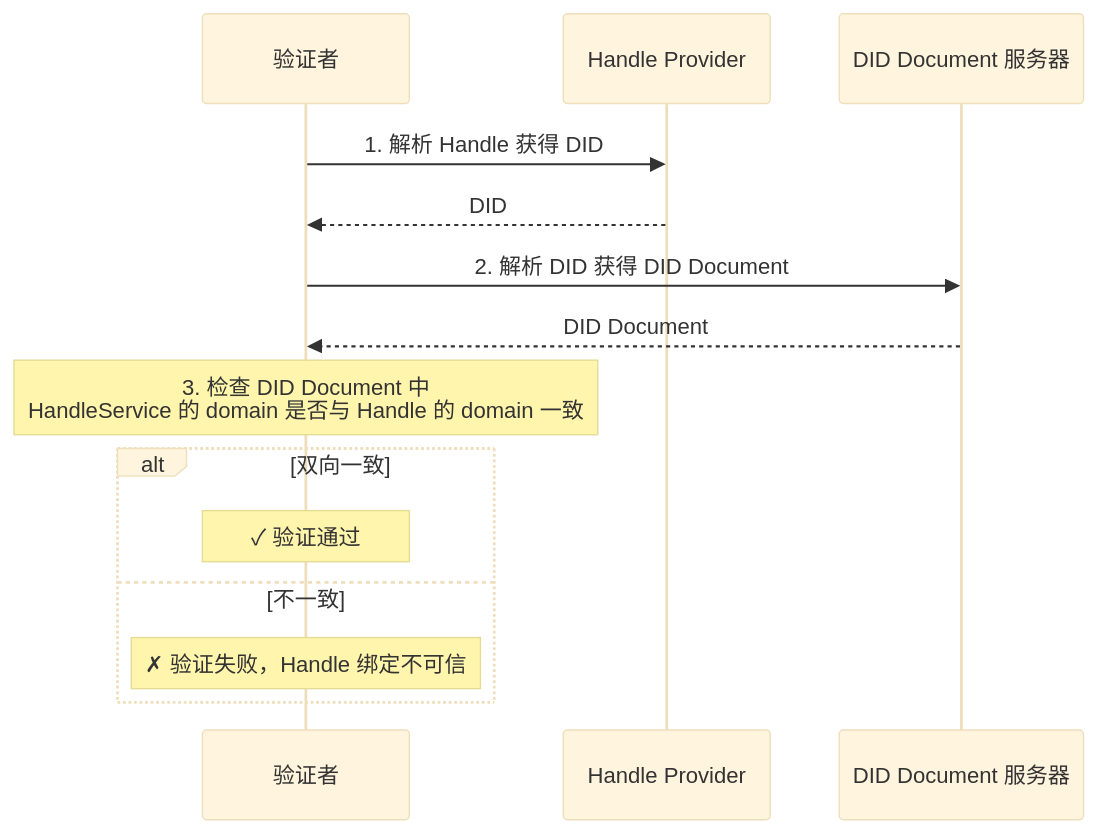
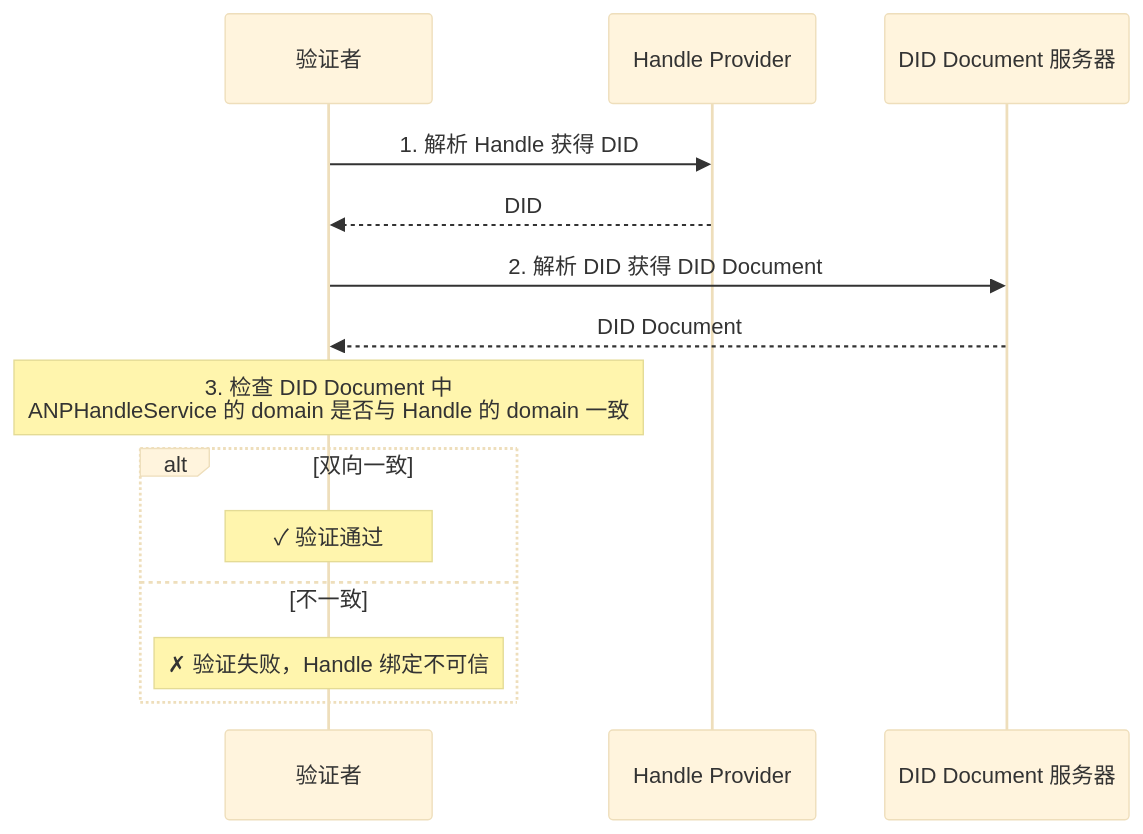
The second of 2 diagrams in chinese/04-ANP-基于DID-WBA的命名空间规范.md (NeatNerdPrime/AgentNetworkProtocol), drawn with Mermaid (base theme) before and after one commit. The commit also changed other lines of this file and 5 other files, not shown here.

Commit message:
update handle Service name

````diff
--- a/chinese/04-ANP-基于DID-WBA的命名空间规范.md
+++ b/chinese/04-ANP-基于DID-WBA的命名空间规范.md
@@ -336,17 +336,17 @@
 ```mermaid
 sequenceDiagram
     participant V as 验证者
     participant H as Handle Provider
     participant D as DID Document 服务器
 
     V->>H: 1. 解析 Handle 获得 DID
     H-->>V: DID
     V->>D: 2. 解析 DID 获得 DID Document
     D-->>V: DID Document
-    Note over V: 3. 检查 DID Document 中<br/>HandleService 的 domain 是否与 Handle 的 domain 一致
+    Note over V: 3. 检查 DID Document 中<br/>ANPHandleService 的 domain 是否与 Handle 的 domain 一致
     alt 双向一致
         Note over V: ✓ 验证通过
     else 不一致
         Note over V: ✗ 验证失败，Handle 绑定不可信
     end
 ```
````
